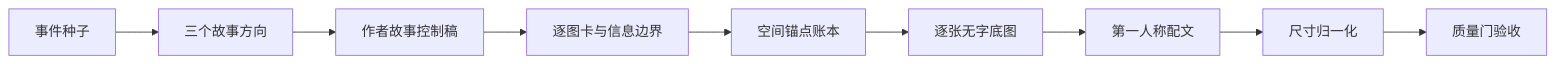
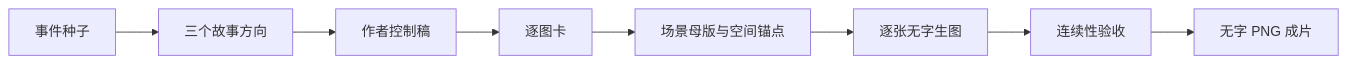
One commit to AppApp777/xuanyituwen changed the diagram in README.md. Above: the diagram before and after it, drawn with Mermaid. The commit also changed other lines of this file and 23 other files, not shown here.

````diff
--- a/README.md
+++ b/README.md
@@ -40,11 +33,10 @@
-~~~mermaid
+```mermaid
 flowchart LR
     A[事件种子] --> B[三个故事方向]
-    B --> C[作者故事控制稿]
-    C --> D[逐图卡与信息边界]
-    D --> E[空间锚点账本]
-    E --> F[逐张无字底图]
-    F --> G[第一人称配文]
-    G --> H[尺寸归一化]
-    H --> I[质量门验收]
-~~~
+    B --> C[作者控制稿]
+    C --> D[逐图卡]
+    D --> E[场景母版与空间锚点]
+    E --> F[逐张无字生图]
+    F --> G[连续性验收]
+    G --> H[无字 PNG 成片]
+```
````
